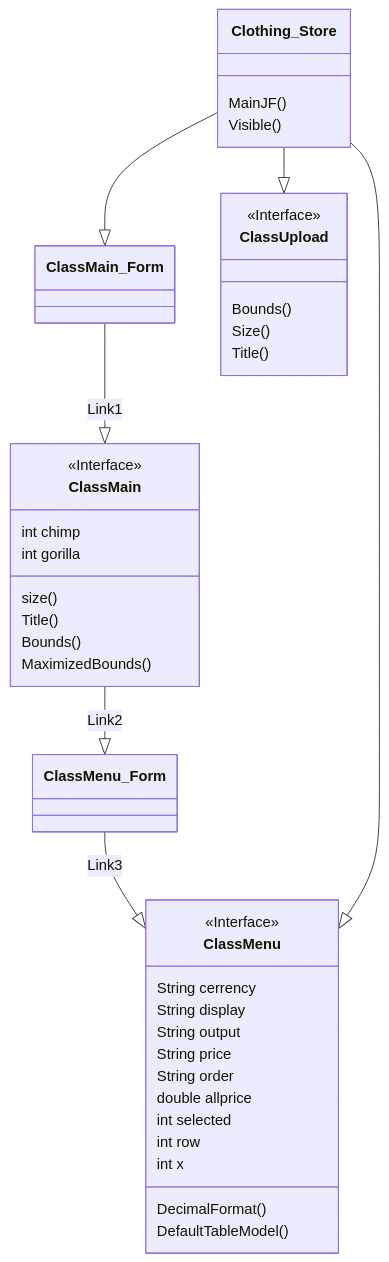
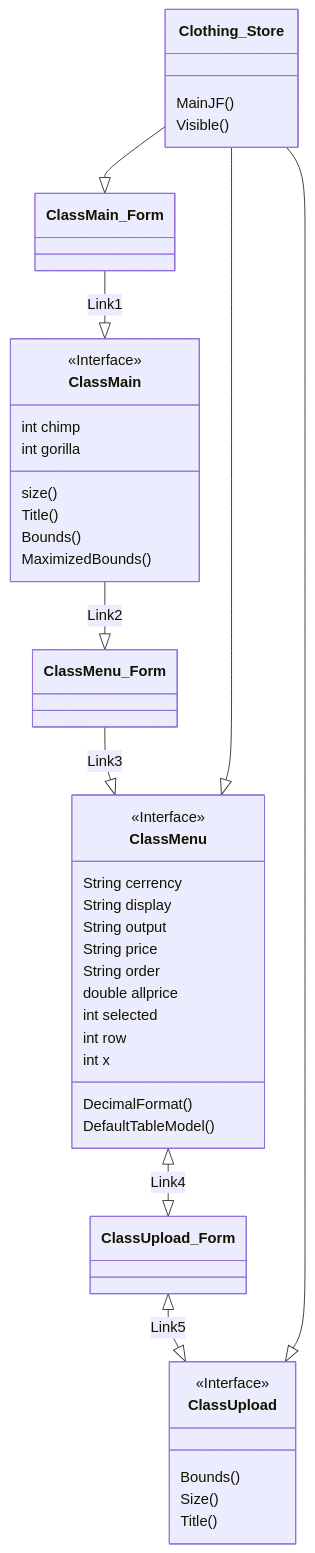
Before and after one commit to kawin101/Java_GUI_CRUD_CSV: the third of 3 diagrams in README.md, drawn with Mermaid.

````diff
--- a/README.md
+++ b/README.md
@@ -33,36 +33,38 @@
 ```mermaid
 classDiagram
 
 ClassMain_Form --|> ClassMain : Link1
 ClassMain --|> ClassMenu_Form : Link2
 ClassMenu_Form --|> ClassMenu : Link3
+ClassMenu <|--|> ClassUpload_Form : Link4
+ClassUpload_Form <|--|> ClassUpload : Link5
 <<Interface>> ClassMain
 Clothing_Store --|> ClassMain_Form
 Clothing_Store --|> ClassMenu
 Clothing_Store --|> ClassUpload
 Clothing_Store : MainJF()
 Clothing_Store : Visible()
 ClassMain : size()
 ClassMain : Title()
 ClassMain : Bounds()
 ClassMain : MaximizedBounds()
 ClassMain : int chimp
 ClassMain : int gorilla
 <<Interface>> ClassMenu
 ClassMenu : String cerrency
 ClassMenu : String display
 ClassMenu : String output
 ClassMenu : String price
 ClassMenu : String order
 ClassMenu : DecimalFormat()
 ClassMenu : double allprice
 ClassMenu : int selected
 ClassMenu : int row
 ClassMenu : int x
 ClassMenu : DefaultTableModel()
 <<Interface>> ClassUpload
 ClassUpload : Bounds()
 ClassUpload : Size()
 ClassUpload : Title()
 
 ```
````
